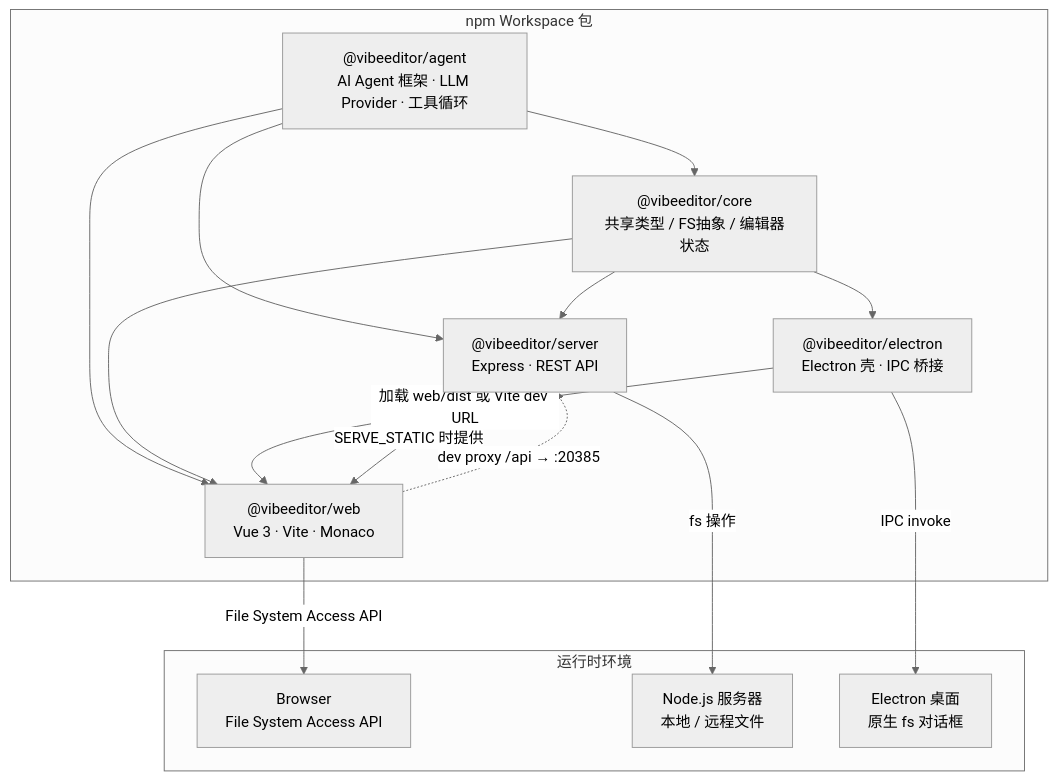
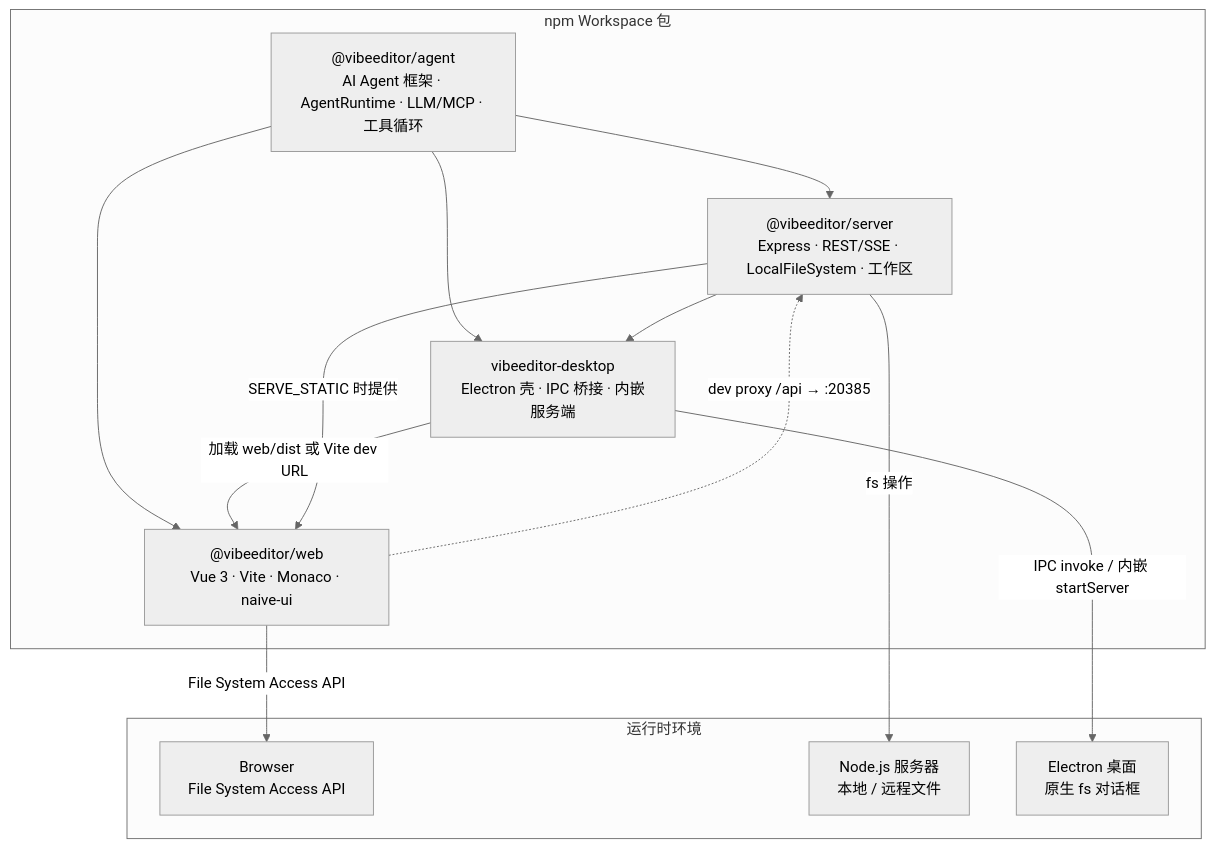
Before and after one commit to LSF1106/VibeEditor: the second of 5 diagrams in README.md, drawn with Mermaid (neutral theme). The commit also changed other lines of this file and 9 other files, not shown here.

````diff
--- a/README.md
+++ b/README.md
@@ -132,29 +178,26 @@
 ```mermaid
 graph TB
     subgraph Packages["npm Workspace 包"]
-        agent["@vibeeditor/agent<br/>AI Agent 框架 · LLM Provider · 工具循环"]
-        core["@vibeeditor/core<br/>共享类型 / FS抽象 / 编辑器状态"]
-        server["@vibeeditor/server<br/>Express · REST API"]
-        web["@vibeeditor/web<br/>Vue 3 · Vite · Monaco"]
-        electron["@vibeeditor/electron<br/>Electron 壳 · IPC 桥接"]
+        agent["@vibeeditor/agent<br/>AI Agent 框架 · AgentRuntime · LLM/MCP · 工具循环"]
+        server["@vibeeditor/server<br/>Express · REST/SSE · LocalFileSystem · 工作区"]
+        web["@vibeeditor/web<br/>Vue 3 · Vite · Monaco · naive-ui"]
+        electron["vibeeditor-desktop<br/>Electron 壳 · IPC 桥接 · 内嵌服务端"]
     end
 
     subgraph Runtime["运行时环境"]
         browser["Browser<br/>File System Access API"]
         node_srv["Node.js 服务器<br/>本地 / 远程文件"]
         desktop["Electron 桌面<br/>原生 fs 对话框"]
     end
 
-    agent --> core
     agent --> server
     agent --> web
-    core --> server
-    core --> web
-    core --> electron
+    agent --> electron
+    server --> electron
     web -.->|dev proxy /api → :20385| server
     electron -->|加载 web/dist 或 Vite dev URL| web
     server -->|SERVE_STATIC 时提供| web
-    electron -->|IPC invoke| desktop
+    electron -->|IPC invoke / 内嵌 startServer| desktop
     server -->|fs 操作| node_srv
     web -->|File System Access API| browser
 ```
````
